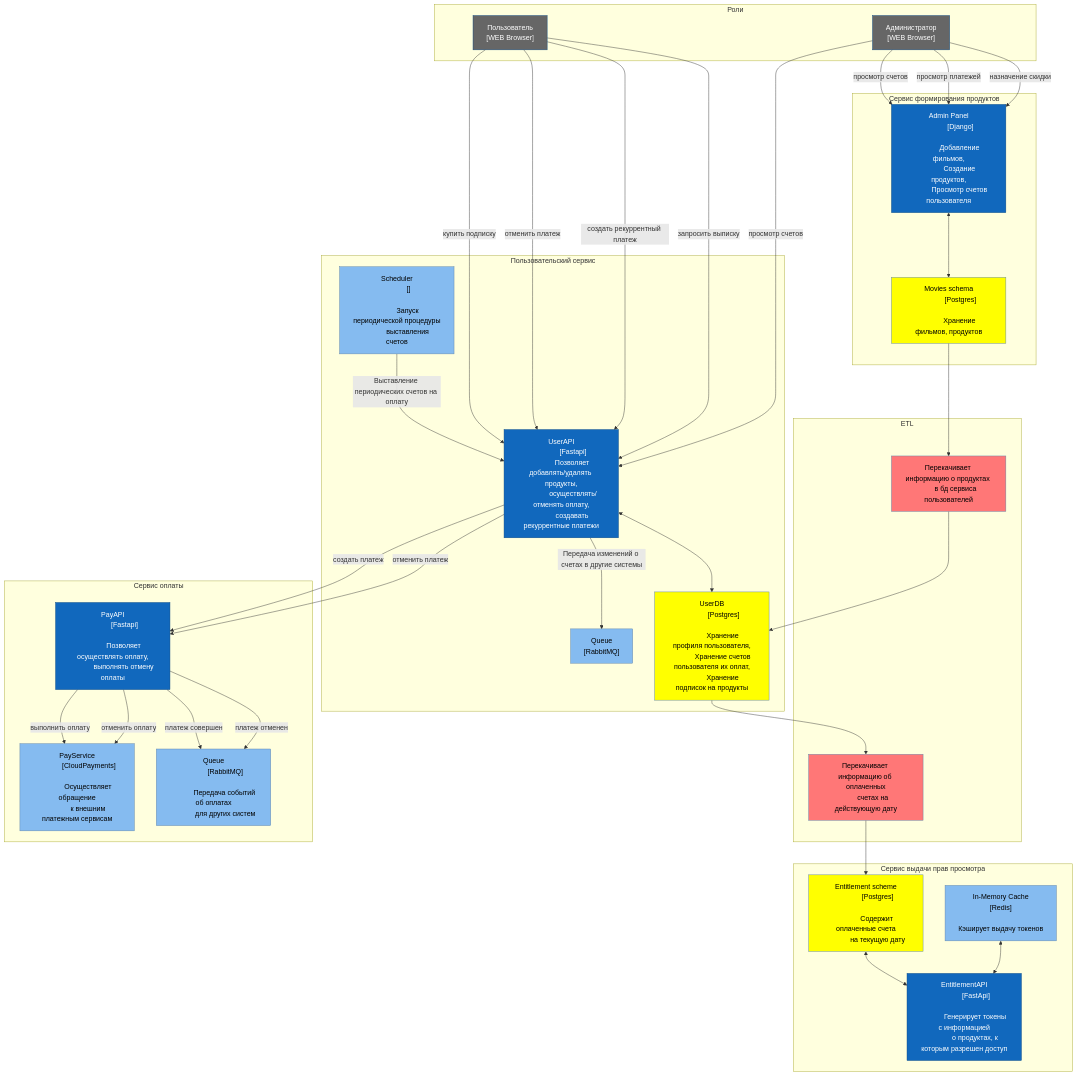
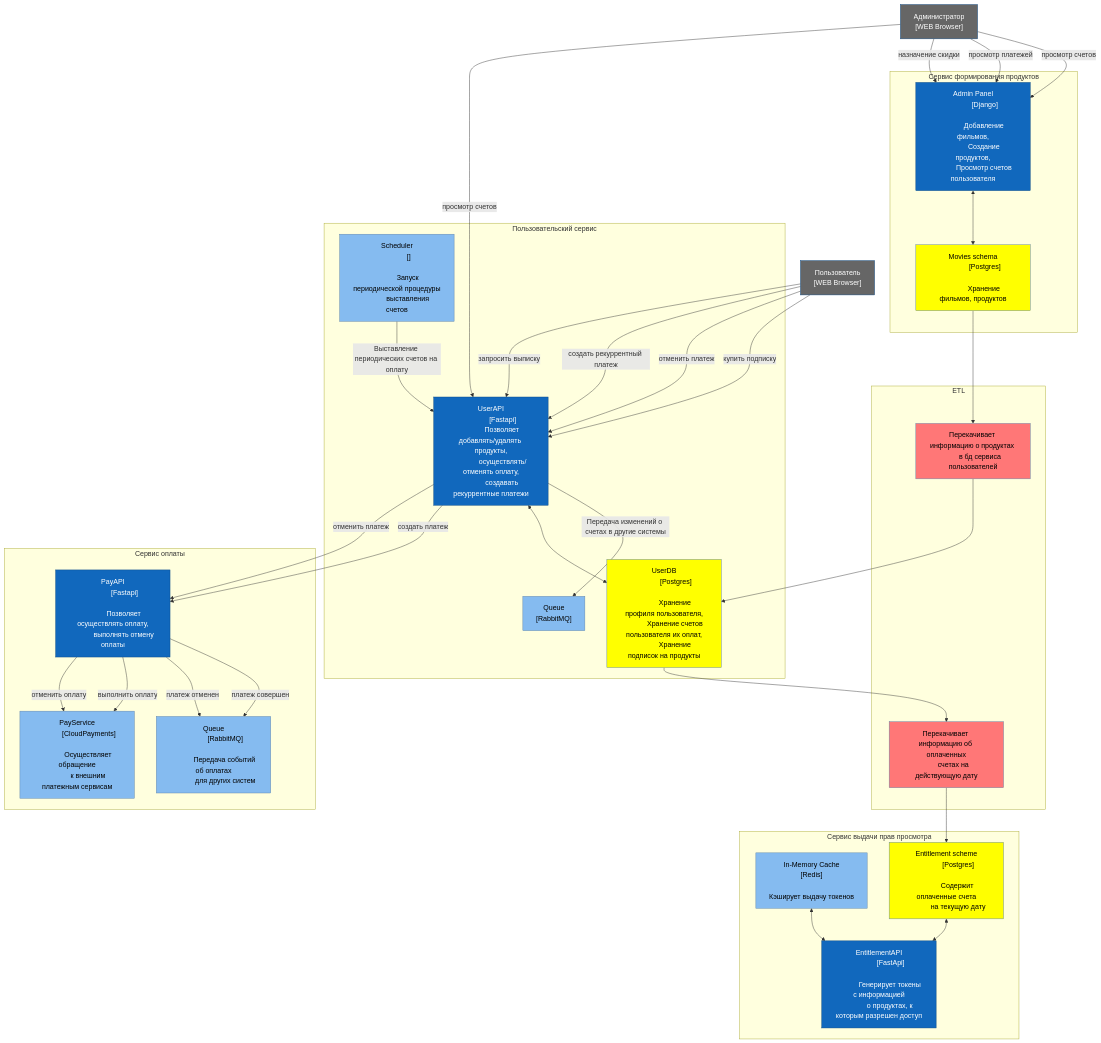
The diagram in architecture/components.md (fall3nangel/Billing_Stripe), drawn with Mermaid before and after one commit.

Commit message:
remove role-group

```diff
--- a/architecture/components.md
+++ b/architecture/components.md
@@ -5,8 +5,6 @@
 %%    }
 %%}%%
 flowchart TB
-
-    subgraph Роли
     
     Admin["Администратор
     [WEB Browser]"] 
@@ -14,7 +12,6 @@
     Client["Пользователь
     [WEB Browser]"]
         
-    end
 
     subgraph "ETL"
     
```
